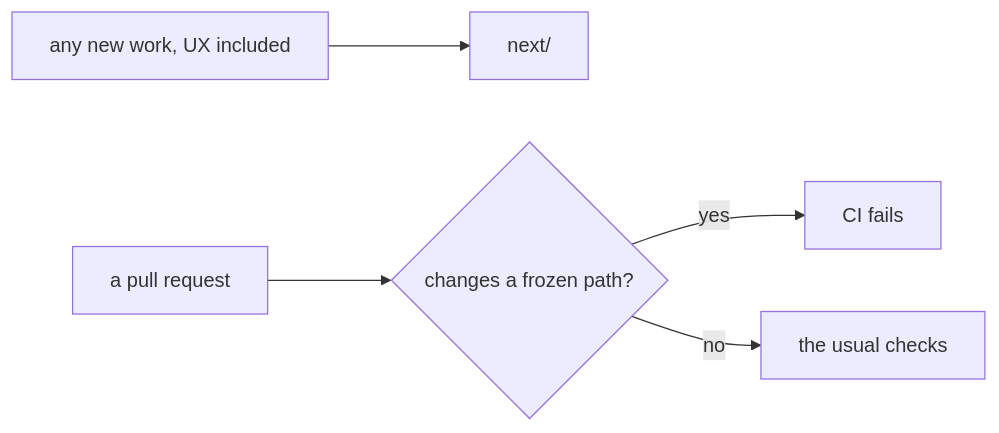
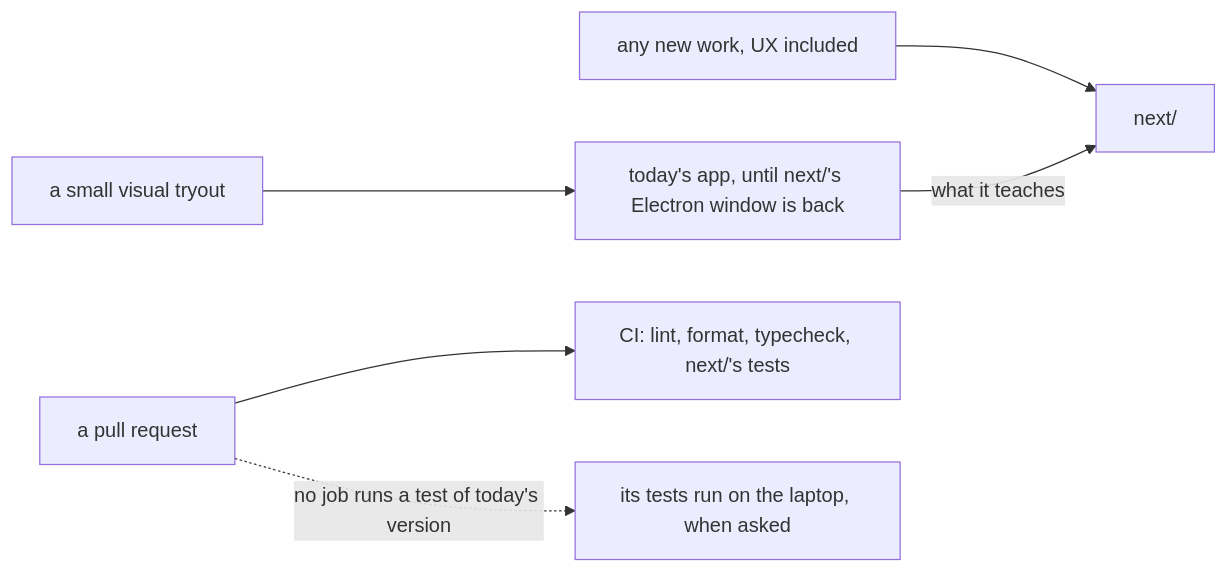
Before and after one commit to kamp-us/tea-fabrika: the diagram in .decisions/0525-todays-version-is-frozen.md, drawn with Mermaid. The commit also changed other lines of this file and 66 other files, not shown here.

````diff
--- a/.decisions/0525-todays-version-is-frozen.md
+++ b/.decisions/0525-todays-version-is-frozen.md
@@ -14,7 +16,8 @@
 ```mermaid
 flowchart LR
   work["any new work, UX included"] --> next["next/"]
-  pr["a pull request"] --> guard{"changes a frozen path?"}
-  guard -- yes --> red["CI fails"]
-  guard -- no --> checks["the usual checks"]
+  tryout["a small visual tryout"] --> today["today's app, until next/'s Electron window is back"]
+  today -->|"what it teaches"| next
+  pr["a pull request"] --> checks["CI: lint, format, typecheck, next/'s tests"]
+  pr -. "no job runs a test of today's version" .-> none["its tests run on the laptop, when asked"]
 ```
````
